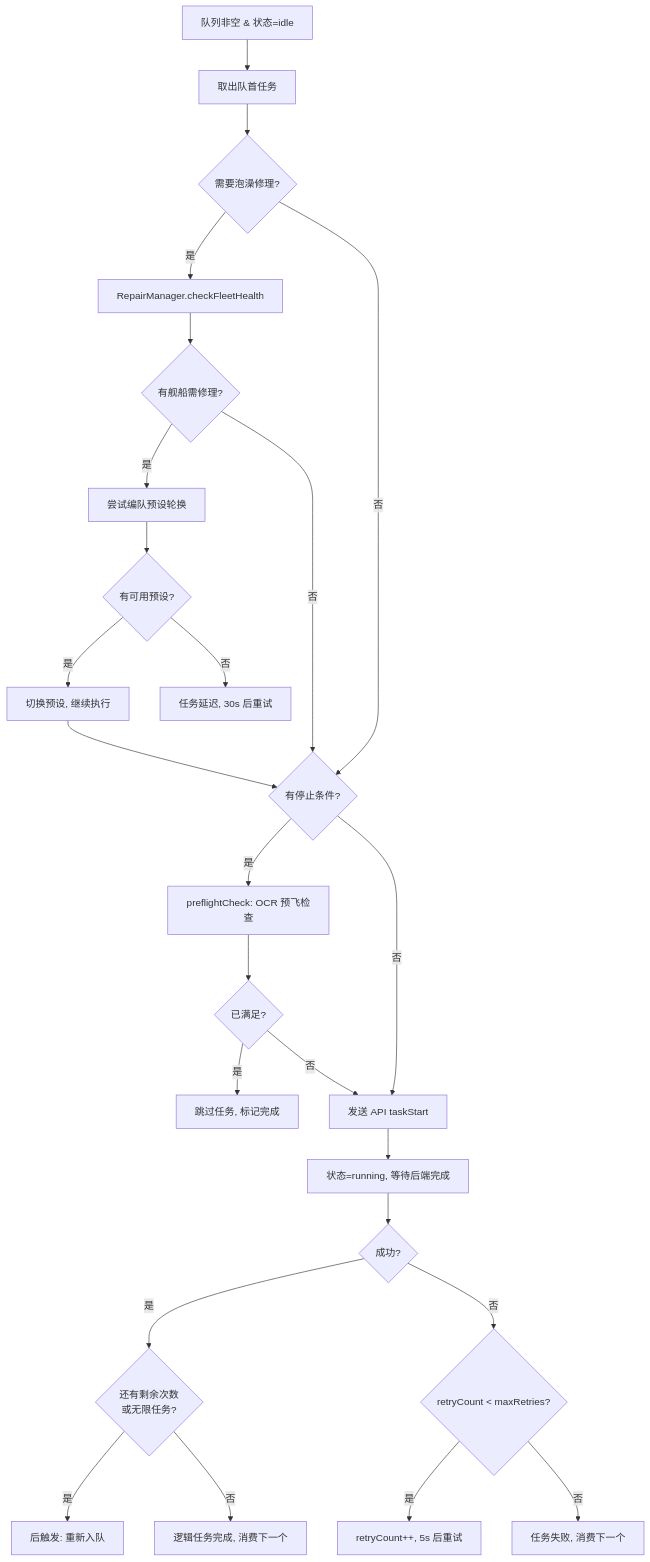
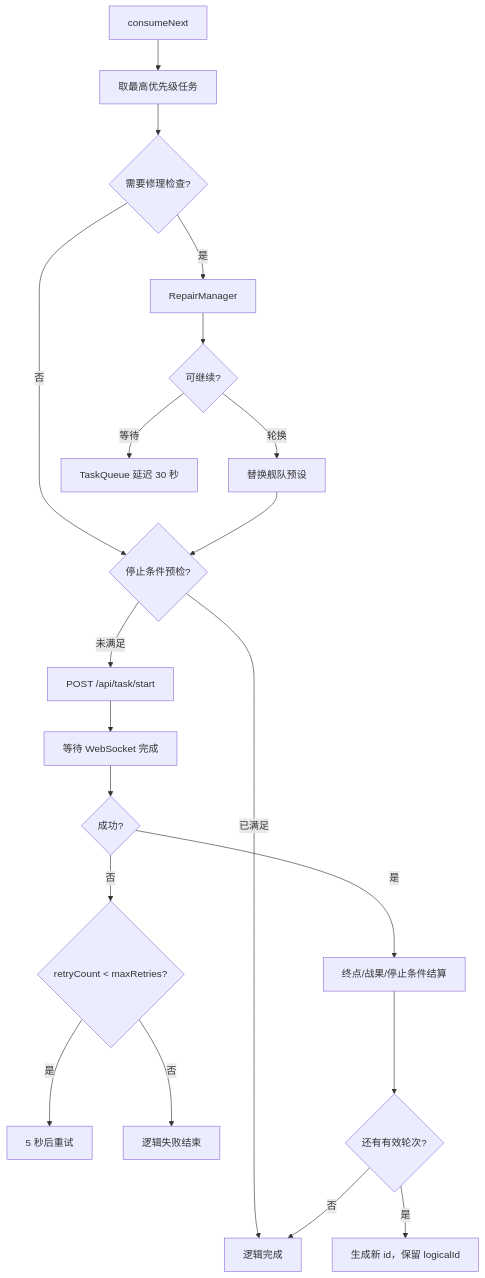
One commit to ShiinaKuroko/AutoWSGR-GUI changed the diagram in docs/architecture/02-task-scheduling.md. Above: the diagram before and after it, drawn with Mermaid. The commit also changed other lines of this file and 36 other files, not shown here.

Commit message:
docs: align agent guidance and architecture references

````diff
--- a/docs/architecture/02-task-scheduling.md
+++ b/docs/architecture/02-task-scheduling.md
@@ -74,27 +72,22 @@
 ```mermaid
 flowchart TD
-  A[队列非空 & 状态=idle] --> B[取出队首任务]
-  B --> C{需要泡澡修理?}
-  C -->|是| D[RepairManager.checkFleetHealth]
-  D --> E{有舰船需修理?}
-  E -->|是| F[尝试编队预设轮换]
-  F --> G{有可用预设?}
-  G -->|是| H[切换预设, 继续执行]
-  G -->|否| I[任务延迟, 30s 后重试]
-  E -->|否| J{有停止条件?}
-  C -->|否| J
-  H --> J
-  J -->|是| K[preflightCheck: OCR 预飞检查]
-  K --> L{已满足?}
-  L -->|是| M[跳过任务, 标记完成]
-  L -->|否| N[发送 API taskStart]
-  J -->|否| N
-  N --> O[状态=running, 等待后端完成]
-  O --> P{成功?}
-  P -->|是| Q{还有剩余次数<br/>或无限任务?}
-  Q -->|是| R[后触发: 重新入队]
-  Q -->|否| S[逻辑任务完成, 消费下一个]
-  P -->|否| T{retryCount < maxRetries?}
-  T -->|是| U[retryCount++, 5s 后重试]
-  T -->|否| V[任务失败, 消费下一个]
+  A["consumeNext"] --> B["取最高优先级任务"]
+  B --> C{"需要修理检查?"}
+  C -->|是| D["RepairManager"]
+  D --> E{"可继续?"}
+  E -->|轮换| F["替换舰队预设"]
+  E -->|等待| G["TaskQueue 延迟 30 秒"]
+  C -->|否| H
+  F --> H{"停止条件预检?"}
+  H -->|已满足| I["逻辑完成"]
+  H -->|未满足| J["POST /api/task/start"]
+  J --> K["等待 WebSocket 完成"]
+  K --> L{"成功?"}
+  L -->|否| M{"retryCount < maxRetries?"}
+  M -->|是| N["5 秒后重试"]
+  M -->|否| O["逻辑失败结束"]
+  L -->|是| P["终点/战果/停止条件结算"]
+  P --> Q{"还有有效轮次?"}
+  Q -->|是| R["生成新 id，保留 logicalId"]
+  Q -->|否| I
 ```
````
